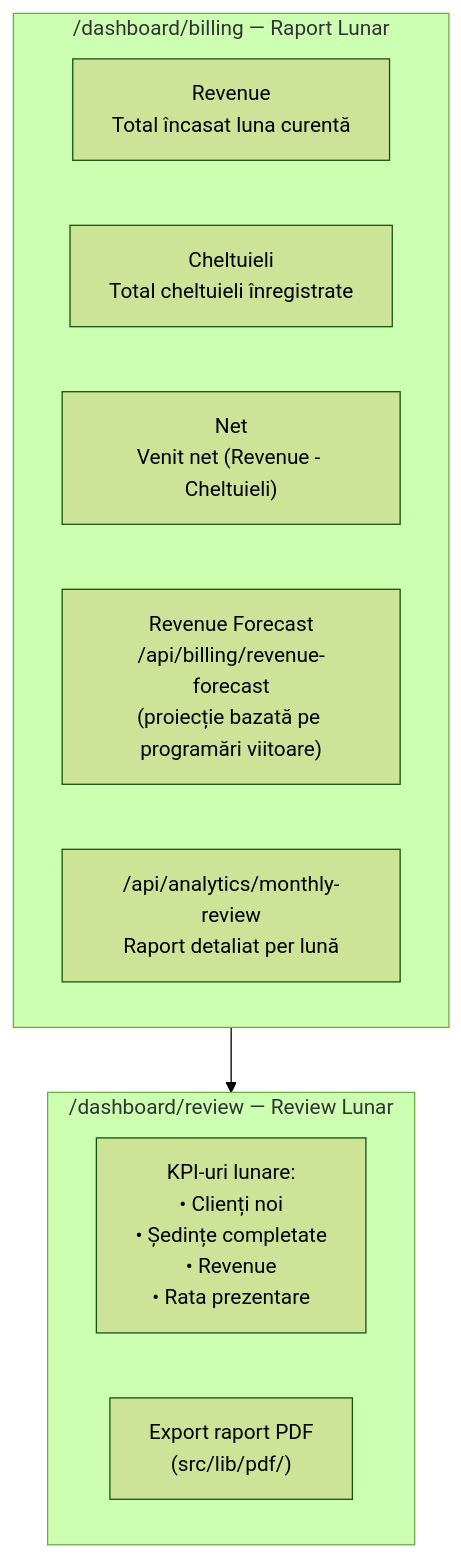
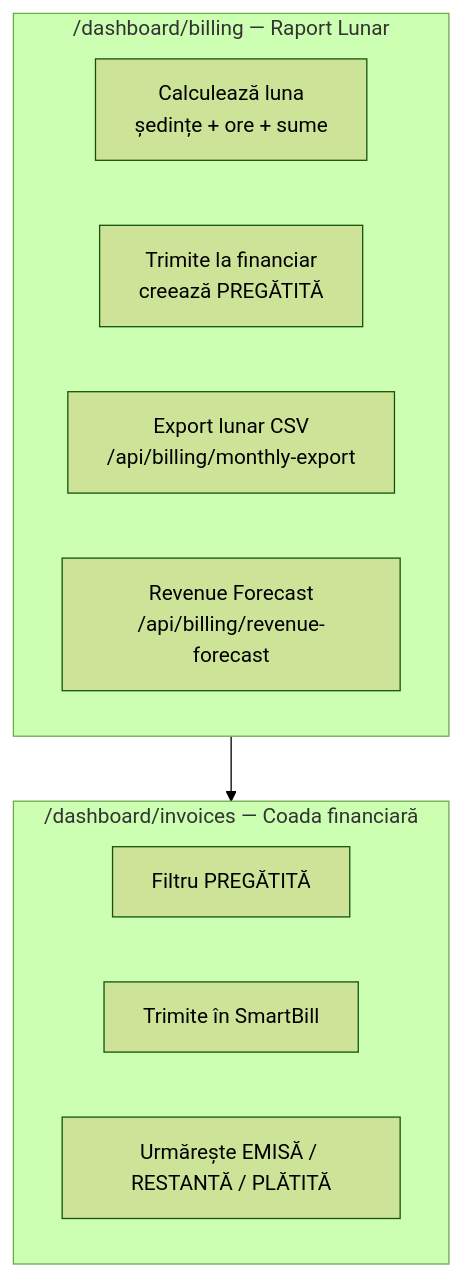
One commit to UBKraust/Oncolink changed the third of 6 diagrams in fluxuri/07_facturare.md. Above: the diagram before and after it, drawn with Mermaid (forest theme). The commit also changed other lines of this file and 21 other files, not shown here.

````diff
--- a/fluxuri/07_facturare.md
+++ b/fluxuri/07_facturare.md
@@ -77,17 +84,17 @@
 ```mermaid
 flowchart TD
     subgraph BILLING["/dashboard/billing — Raport Lunar"]
-        REV["Revenue\nTotal încasat luna curentă"]
-        EXP["Cheltuieli\nTotal cheltuieli înregistrate"]
-        NET["Net\nVenit net (Revenue - Cheltuieli)"]
-        FORE["Revenue Forecast\n/api/billing/revenue-forecast\n(proiecție bazată pe programări viitoare)"]
-        MONTHLY["/api/analytics/monthly-review\nRaport detaliat per lună"]
+        CALC["Calculează luna\nședințe + ore + sume"]
+        QUEUE["Trimite la financiar\ncreează PREGĂTITĂ"]
+        EXPORT["Export lunar CSV\n/api/billing/monthly-export"]
+        FORE["Revenue Forecast\n/api/billing/revenue-forecast"]
     end
 
-    subgraph REVIEW["/dashboard/review — Review Lunar"]
-        KPI["KPI-uri lunare:\n• Clienți noi\n• Ședințe completate\n• Revenue\n• Rata prezentare"]
-        EXPORT["Export raport PDF\n(src/lib/pdf/)"]
+    subgraph INVOICES["/dashboard/invoices — Coada financiară"]
+        PREP["Filtru PREGĂTITĂ"]
+        SEND["Trimite în SmartBill"]
+        FOLLOW["Urmărește EMISĂ / RESTANTĂ / PLĂTITĂ"]
     end
 
-    BILLING --> REVIEW
+    BILLING --> INVOICES
 ```
````
